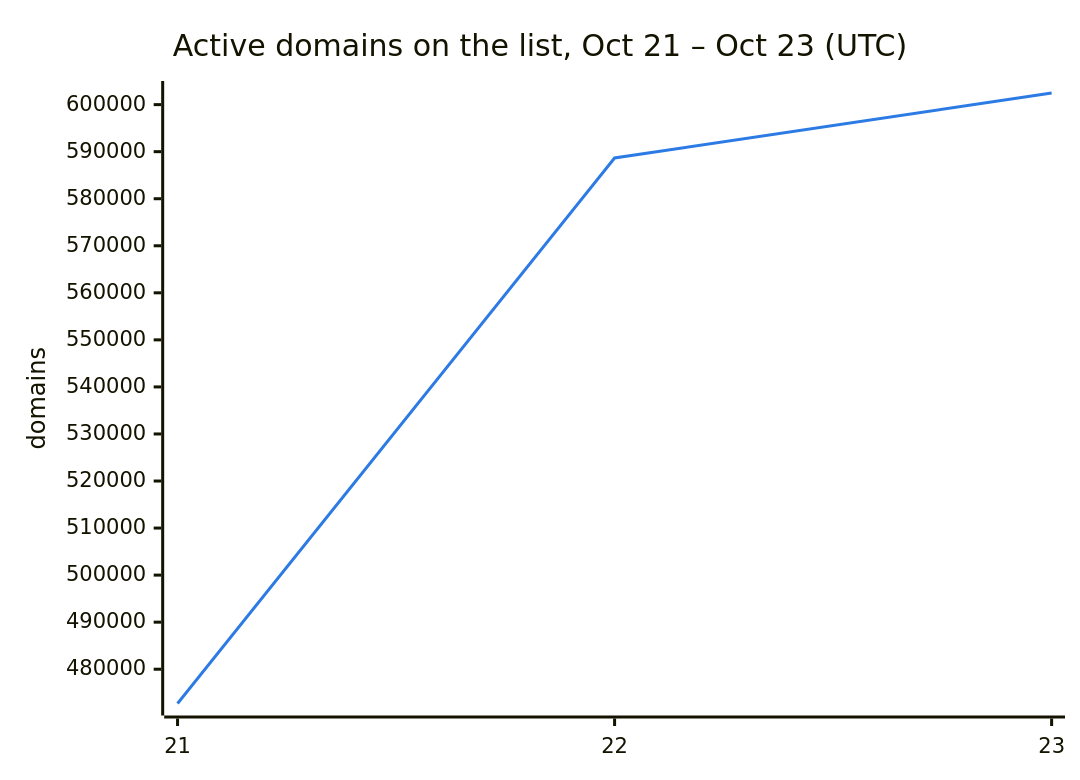
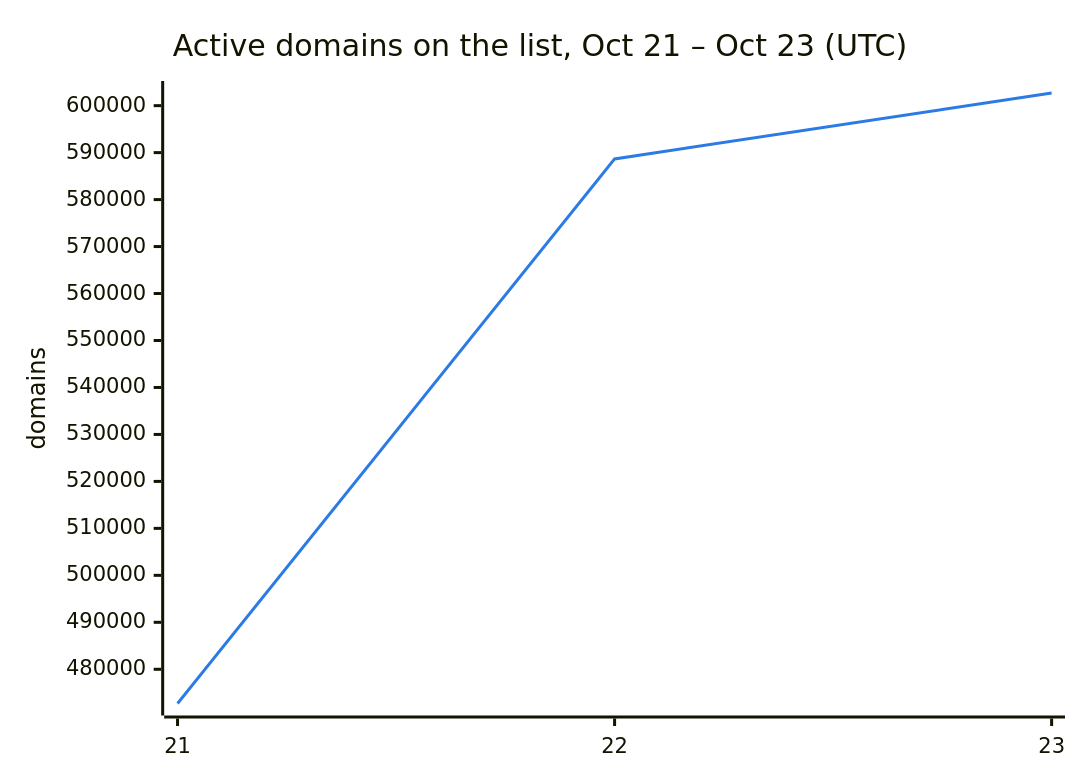
One commit to DNSBunker/CTI changed the second of 3 diagrams in README.md. Above: the diagram before and after it, drawn with Mermaid. The commit also changed other lines of this file and 3 other files, not shown here.

````diff
--- a/README.md
+++ b/README.md
@@ -38,8 +38,8 @@
 ```mermaid
 %%{init: {"themeVariables": {"xyChart": {"plotColorPalette": "#2c7be5"}}}}%%
 xychart-beta
     title "Active domains on the list, Oct 21 – Oct 23 (UTC)"
     x-axis ["21", "22", "23"]
     y-axis "domains"
-    line [472713, 588659, 602471]
+    line [472713, 588659, 602695]
 ```
````
